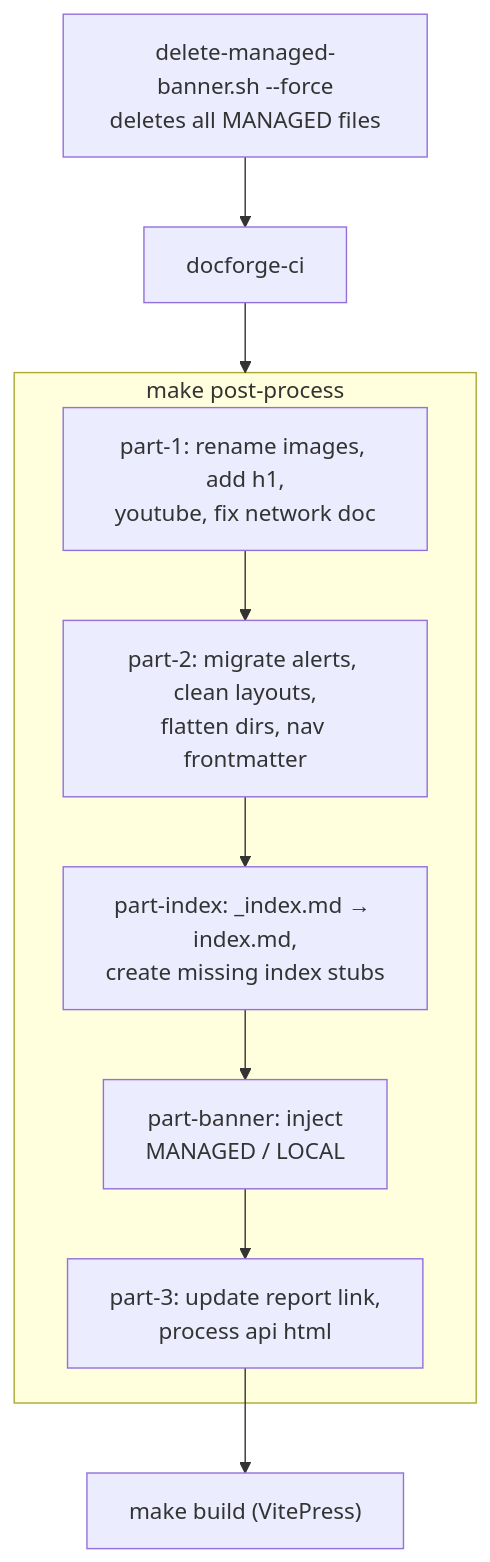
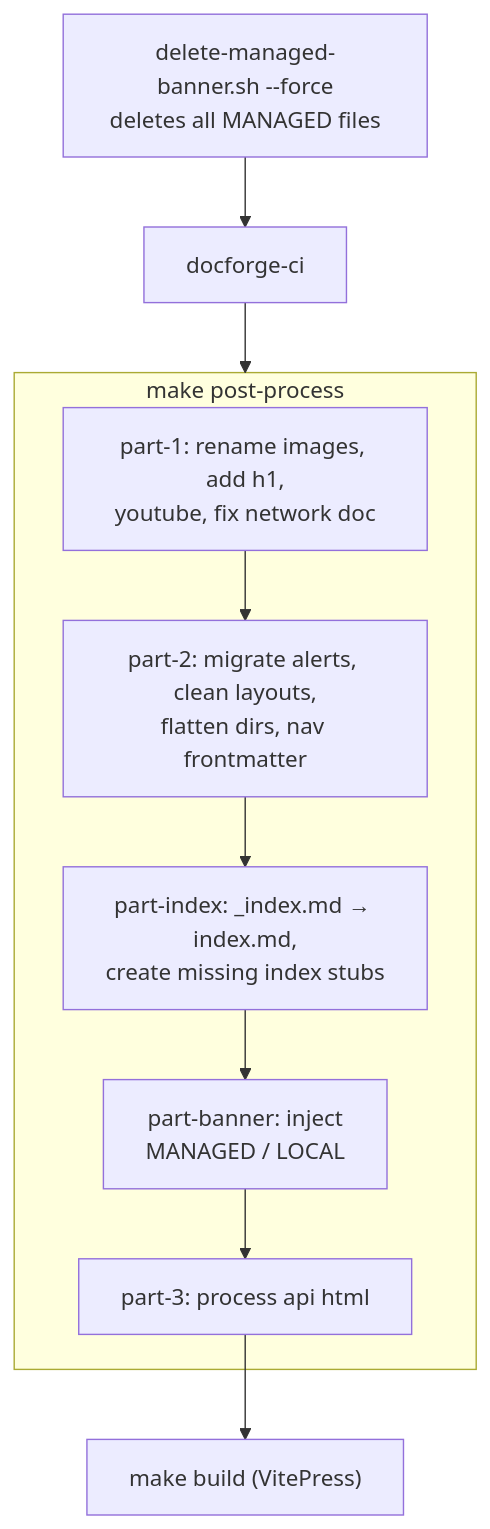
One commit to gardener/documentation changed the third of 4 diagrams in CONTENT_AGGREGATION.md. Above: the diagram before and after it, drawn with Mermaid. The commit also changed 15 other files, not shown here.

````diff
--- a/CONTENT_AGGREGATION.md
+++ b/CONTENT_AGGREGATION.md
@@ -192,13 +192,13 @@
 ```mermaid
 graph TD
     R["delete-managed-banner.sh --force<br/>deletes all MANAGED files"] --> D
     D["docforge-ci"] --> P
     subgraph P["make post-process"]
       P1["part-1: rename images, add h1,<br/>youtube, fix network doc"] --> P2
       P2["part-2: migrate alerts, clean layouts,<br/>flatten dirs, nav frontmatter"] --> PI
       PI["part-index: _index.md → index.md,<br/>create missing index stubs"] --> PB
       PB["part-banner: inject<br/>MANAGED / LOCAL"] --> P3
-      P3["part-3: update report link,<br/>process api html"]
+      P3["part-3: process api html"]
     end
     P3 --> B["make build (VitePress)"]
 ```
````
